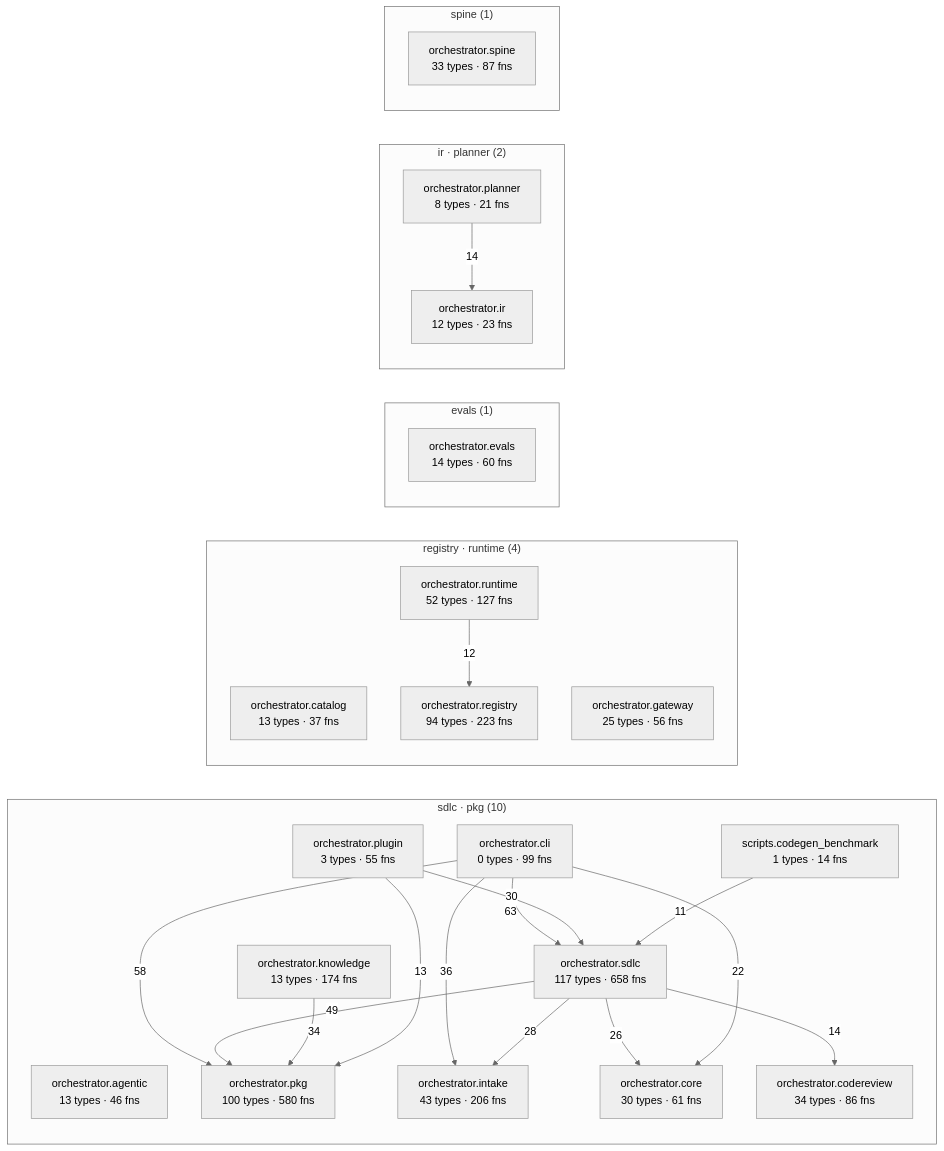
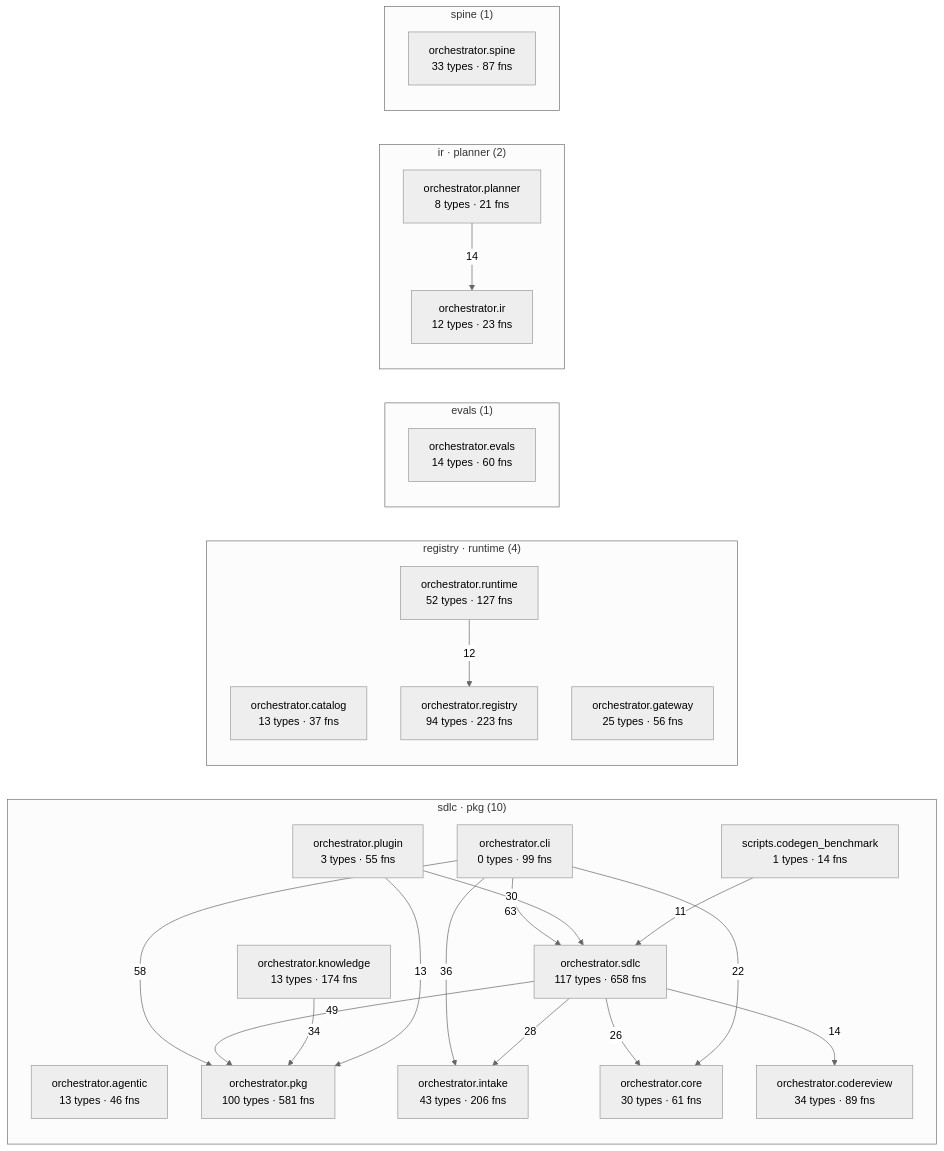
The diagram in episteme/architecture.md (synaptixs/spine), drawn with Mermaid (neutral theme) before and after one commit. The commit also changed other lines of this file and 7 other files, not shown here.

````diff
--- a/episteme/architecture.md
+++ b/episteme/architecture.md
@@ -54,45 +54,45 @@
 ```mermaid
 flowchart LR
   subgraph c_1["sdlc · pkg (10)"]
     aorchestratoragentic["orchestrator.agentic<br/>13 types · 46 fns"]
     aorchestratorcli["orchestrator.cli<br/>0 types · 99 fns"]
-    aorchestratorcodereview["orchestrator.codereview<br/>34 types · 86 fns"]
+    aorchestratorcodereview["orchestrator.codereview<br/>34 types · 89 fns"]
     aorchestratorcore["orchestrator.core<br/>30 types · 61 fns"]
     aorchestratorintake["orchestrator.intake<br/>43 types · 206 fns"]
     aorchestratorknowledge["orchestrator.knowledge<br/>13 types · 174 fns"]
-    aorchestratorpkg["orchestrator.pkg<br/>100 types · 580 fns"]
+    aorchestratorpkg["orchestrator.pkg<br/>100 types · 581 fns"]
     aorchestratorplugin["orchestrator.plugin<br/>3 types · 55 fns"]
     aorchestratorsdlc["orchestrator.sdlc<br/>117 types · 658 fns"]
     ascriptscodegenbenchmark["scripts.codegen_benchmark<br/>1 types · 14 fns"]
   end
   subgraph c_3["registry · runtime (4)"]
     aorchestratorcatalog["orchestrator.catalog<br/>13 types · 37 fns"]
     aorchestratorgateway["orchestrator.gateway<br/>25 types · 56 fns"]
     aorchestratorregistry["orchestrator.registry<br/>94 types · 223 fns"]
     aorchestratorruntime["orchestrator.runtime<br/>52 types · 127 fns"]
   end
   subgraph c_5["evals (1)"]
     aorchestratorevals["orchestrator.evals<br/>14 types · 60 fns"]
   end
   subgraph c_7["ir · planner (2)"]
     aorchestratorir["orchestrator.ir<br/>12 types · 23 fns"]
     aorchestratorplanner["orchestrator.planner<br/>8 types · 21 fns"]
   end
   subgraph c_10["spine (1)"]
     aorchestratorspine["orchestrator.spine<br/>33 types · 87 fns"]
   end
   aorchestratorcli -->|63| aorchestratorsdlc
   aorchestratorcli -->|58| aorchestratorpkg
   aorchestratorsdlc -->|49| aorchestratorpkg
   aorchestratorcli -->|36| aorchestratorintake
   aorchestratorknowledge -->|34| aorchestratorpkg
   aorchestratorplugin -->|30| aorchestratorsdlc
   aorchestratorsdlc -->|28| aorchestratorintake
   aorchestratorsdlc -->|26| aorchestratorcore
   aorchestratorcli -->|22| aorchestratorcore
   aorchestratorplanner -->|14| aorchestratorir
   aorchestratorsdlc -->|14| aorchestratorcodereview
   aorchestratorplugin -->|13| aorchestratorpkg
   aorchestratorruntime -->|12| aorchestratorregistry
   ascriptscodegenbenchmark -->|11| aorchestratorsdlc
 ```
````
